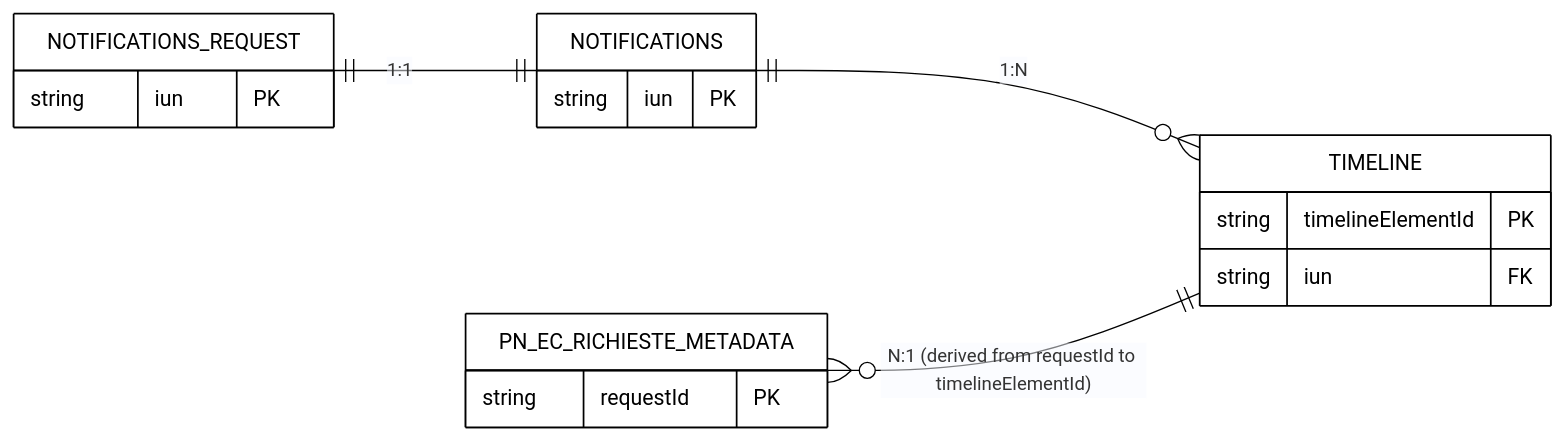
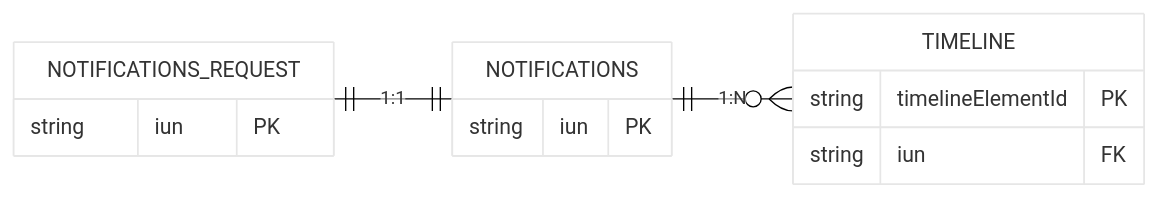
The diagram in send_diagrams/data-models/send_er_model.mmd (pagopa/pn-metrics), drawn with Mermaid before and after one commit. The commit also changed 5 other files, not shown here.

Commit message:
feat(er-diagram): align Notifications e Timeline ai data contract v0.0.1 e aggiorna stile diagramma

```diff
--- a/send_diagrams/data-models/send_er_model.mmd
+++ b/send_diagrams/data-models/send_er_model.mmd
@@ -1,45 +1,38 @@
-%% version: v1.0.0
-%% source: dc-pn-Notifications.yaml, dc-pn-timeline.yaml, dc-pn-EcRichiesteMetadati.yaml
-%%{init: {
-  "theme": "base",
-  "themeVariables": {
-    "labelBackgroundColor": "#FFFFFF",
-    "labelTextColor": "#000000",
-    "entityBkgColor": "#FFFFFF",
-    "attributeBkgColor": "#FFFFFF",
-    "background": "#FFFFFF"
-  }
-}}%%
+---
+config:
+  layout: elk
+  theme: base
+  themeVariables:
+    background: "#FFFFFF"
+    labelBackgroundColor: "#FFFFFF"
+    entityBkgColor: "#FFFFFF"
+    attributeBkgColor: "#FFFFFF"
+    primaryColor: "#FFFFFF"
+---
+
 erDiagram
-    direction LR
 
-    %% CORE SEND
+    %% version: v0.0.1
+    %% sources:
+    %% - dc-pn-dc-pn-Notifications.yaml v0.0.1
+    %% - dc-pn-timeline.yaml v0.0.1
+
+    Direction LR
+
+
     NOTIFICATIONS {
         string iun PK
     }
 
     TIMELINE {
         string timelineElementId PK
         string iun FK
     }
 
     NOTIFICATIONS_REQUEST {
         string iun PK
     }
 
-    %% PN-EC (minimal)
-    PN_EC_RICHIESTE_METADATA {
-        string requestId PK
-    }
-
     %% RELAZIONI
     NOTIFICATIONS ||--o{TIMELINE : "1:N"
     NOTIFICATIONS_REQUEST ||--|| NOTIFICATIONS : "1:1"
-
-    PN_EC_RICHIESTE_METADATA}o--|| TIMELINE : "N:1 (derived from requestId to timelineElementId)"
-
-    %% STYLE
-    style NOTIFICATIONS fill:#FFFFFF,stroke:#000000,color:#000000
-    style TIMELINE fill:#FFFFFF,stroke:#000000,color:#000000
-    style NOTIFICATIONS_REQUEST fill:#FFFFFF,stroke:#000000,color:#000000
-    style PN_EC_RICHIESTE_METADATA fill:#FFFFFF,stroke:#000000,color:#000000
```
